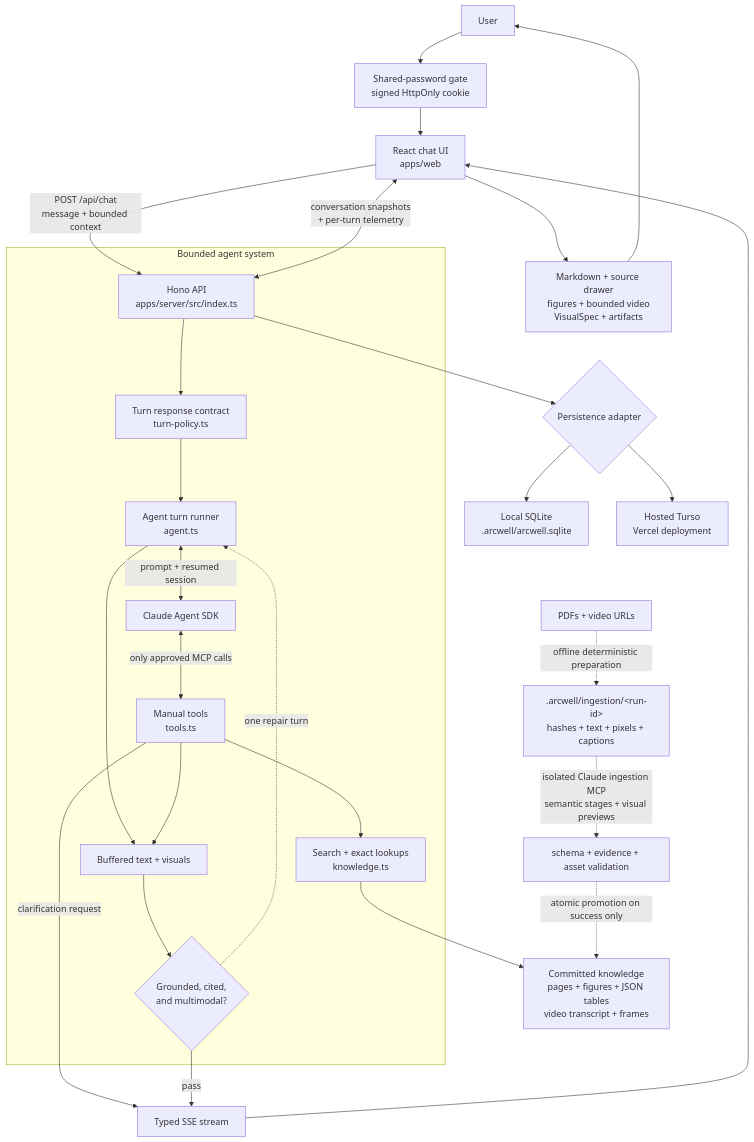
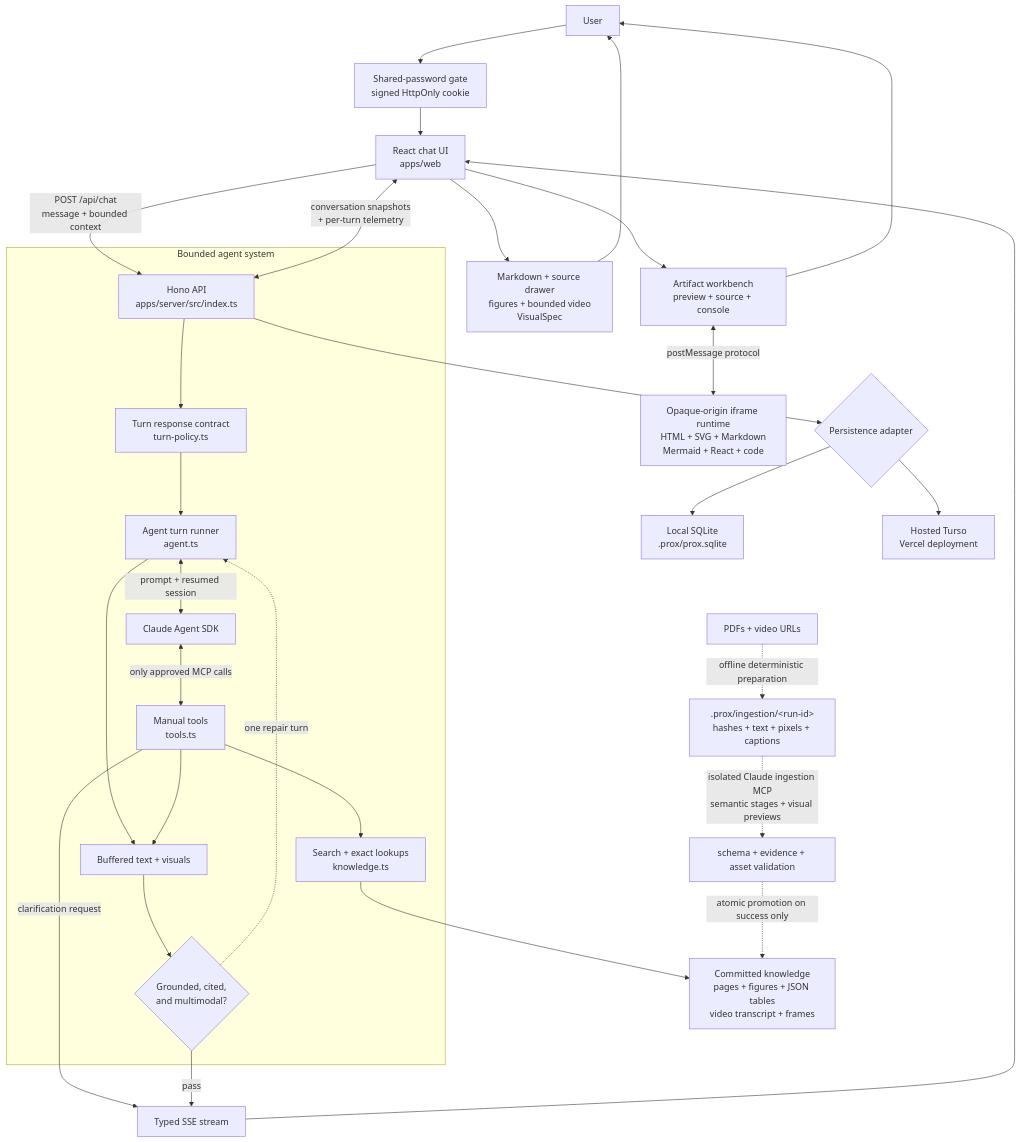
Before and after one commit to tom-byrn/prox-challenge: the diagram in README.md, drawn with Mermaid. The commit also changed other lines of this file and 37 other files, not shown here.

````diff
--- a/README.md
+++ b/README.md
@@ -121,33 +107,36 @@
 ```mermaid
 flowchart TB
     user[User] --> gate["Shared-password gate<br/>signed HttpOnly cookie"]
     gate --> web["React chat UI<br/>apps/web"]
     web -->|"POST /api/chat<br/>message + bounded context"| api["Hono API<br/>apps/server/src/index.ts"]
 
     subgraph agent[Bounded agent system]
         api --> policy["Turn response contract<br/>turn-policy.ts"]
         policy --> runner["Agent turn runner<br/>agent.ts"]
         runner <-->|prompt + resumed session| claude[Claude Agent SDK]
         claude <-->|only approved MCP calls| tools["Manual tools<br/>tools.ts"]
         tools --> access["Search + exact lookups<br/>knowledge.ts"]
         runner --> buffer["Buffered text + visuals"]
         tools --> buffer
         buffer --> validator{"Grounded, cited,<br/>and multimodal?"}
         validator -. "one repair turn" .-> runner
     end
 
     access --> knowledge["Committed knowledge<br/>pages + figures + JSON tables<br/>video transcript + frames"]
     tools -->|clarification request| stream[Typed SSE stream]
     validator -->|pass| stream
     stream --> web
     web <-->|"conversation snapshots<br/>+ per-turn telemetry"| api
     api --> persistence{"Persistence adapter"}
-    persistence --> sqlite["Local SQLite<br/>.arcwell/arcwell.sqlite"]
+    persistence --> sqlite["Local SQLite<br/>.prox/prox.sqlite"]
     persistence --> turso["Hosted Turso<br/>Vercel deployment"]
-    web --> render["Markdown + source drawer<br/>figures + bounded video<br/>VisualSpec + artifacts"]
+    web --> render["Markdown + source drawer<br/>figures + bounded video<br/>VisualSpec"]
+    web --> artifact["Artifact workbench<br/>preview + source + console"]
+    artifact <-->|"postMessage protocol"| sandbox["Opaque-origin iframe runtime<br/>HTML + SVG + Markdown<br/>Mermaid + React + code"]
     render --> user
+    artifact --> user
 
-    sources["PDFs + video URLs"] -. "offline deterministic preparation" .-> staging[".arcwell/ingestion/&lt;run-id&gt;<br/>hashes + text + pixels + captions"]
+    sources["PDFs + video URLs"] -. "offline deterministic preparation" .-> staging[".prox/ingestion/&lt;run-id&gt;<br/>hashes + text + pixels + captions"]
     staging -. "isolated Claude ingestion MCP<br/>semantic stages + visual previews" .-> validation["schema + evidence + asset validation"]
     validation -. "atomic promotion on success only" .-> knowledge
 ```
````
